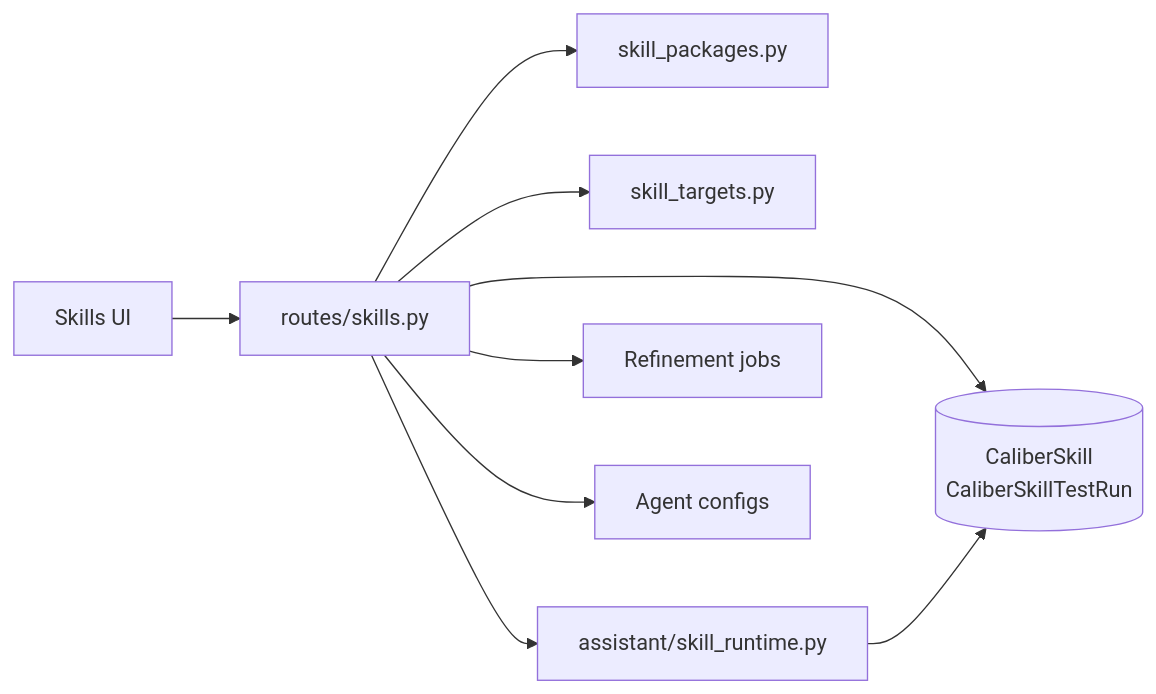
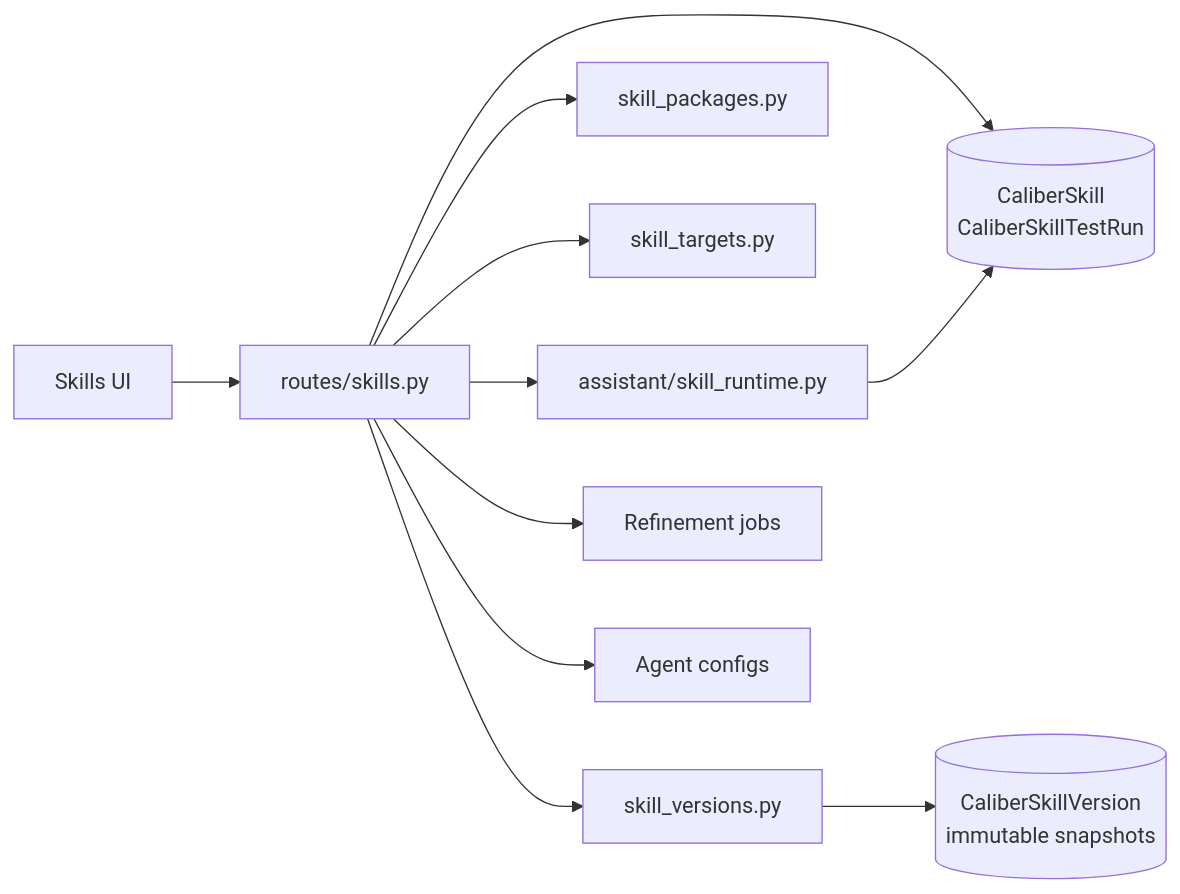
The first of 2 diagrams in docs-site/m-04-skills.md (rrahimi-uci/caliber-suite), drawn with Mermaid before and after one commit. The commit also changed other lines of this file and 78 other files, not shown here.

````diff
--- a/docs-site/m-04-skills.md
+++ b/docs-site/m-04-skills.md
@@ -70,20 +72,24 @@
 ```mermaid
 flowchart LR
     UI[Skills UI]:::ui
     API[routes/skills.py]:::ctrl
     DB[(CaliberSkill<br/>CaliberSkillTestRun)]:::store
+    VH[skill_versions.py]:::ctrl
+    VDB[(CaliberSkillVersion<br/>immutable snapshots)]:::store
     PKG[skill_packages.py]:::ctrl
     TGT[skill_targets.py]:::ctrl
     AR[assistant/skill_runtime.py]:::ctrl
     RJ[Refinement jobs]:::ctrl
     AG[Agent configs]:::ctrl
 
     UI --> API
     API --> DB
+    API --> VH
+    VH --> VDB
     API --> PKG
     API --> TGT
     API --> AR
     API --> RJ
     API --> AG
     AR --> DB
 ```
````
